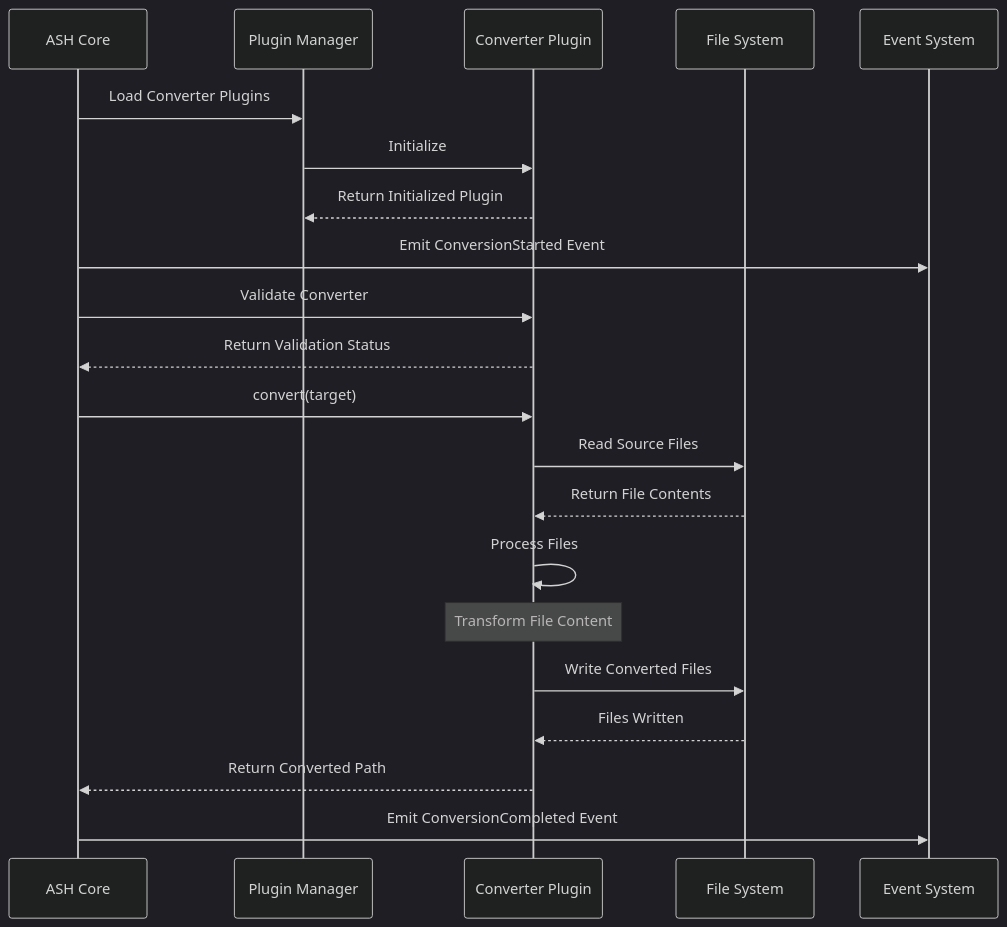
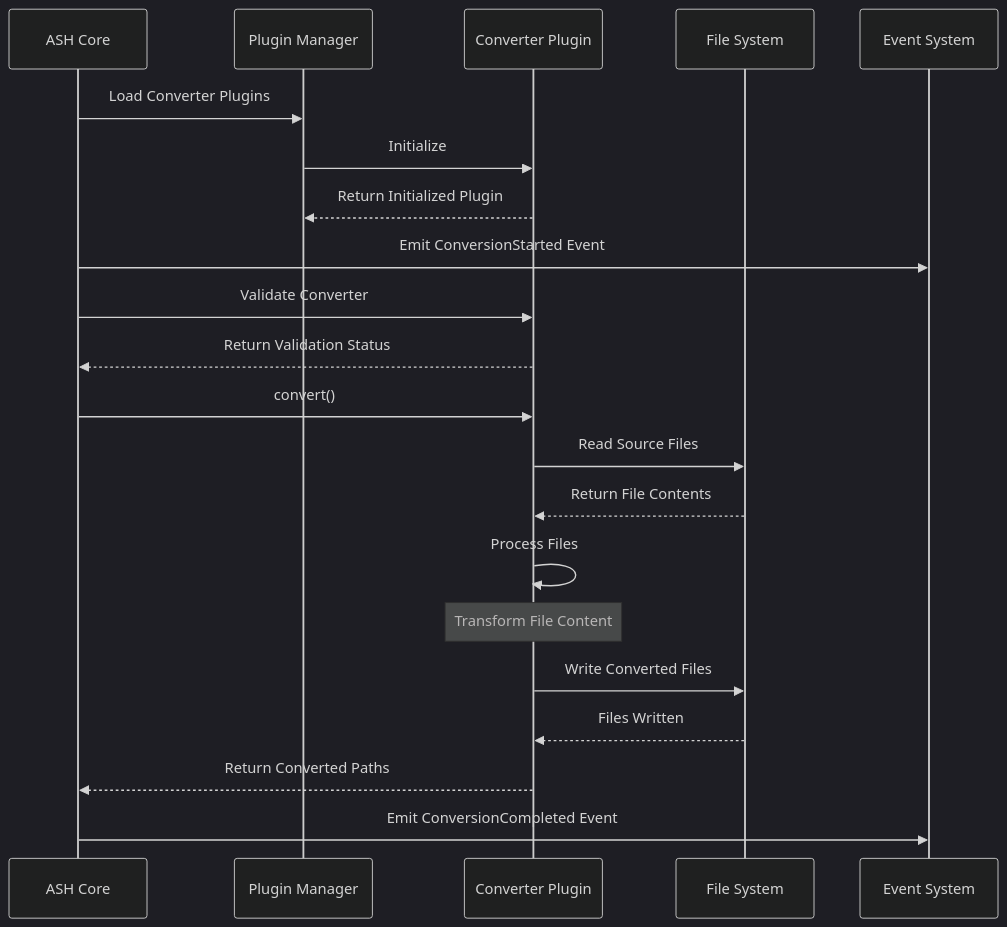
Before and after one commit to awslabs/automated-security-helper: the first of 6 diagrams in docs/content/docs/plugins/converter-plugins-diagrams.md, drawn with Mermaid (dark theme). The commit also changed other lines of this file and 2834 other files, not shown here.

````diff
--- a/docs/content/docs/plugins/converter-plugins-diagrams.md
+++ b/docs/content/docs/plugins/converter-plugins-diagrams.md
@@ -9,31 +9,31 @@
 ```mermaid
 sequenceDiagram
     participant ASH as ASH Core
     participant PM as Plugin Manager
     participant CP as Converter Plugin
     participant FS as File System
     participant ES as Event System
 
     ASH->>PM: Load Converter Plugins
     PM->>CP: Initialize
     CP-->>PM: Return Initialized Plugin
 
     ASH->>ES: Emit ConversionStarted Event
 
     ASH->>CP: Validate Converter
     CP-->>ASH: Return Validation Status
 
-    ASH->>CP: convert(target)
+    ASH->>CP: convert()
     CP->>FS: Read Source Files
     FS-->>CP: Return File Contents
 
     CP->>CP: Process Files
     Note over CP: Transform File Content
 
     CP->>FS: Write Converted Files
     FS-->>CP: Files Written
 
-    CP-->>ASH: Return Converted Path
+    CP-->>ASH: Return Converted Paths
 
     ASH->>ES: Emit ConversionCompleted Event
 ```
````
